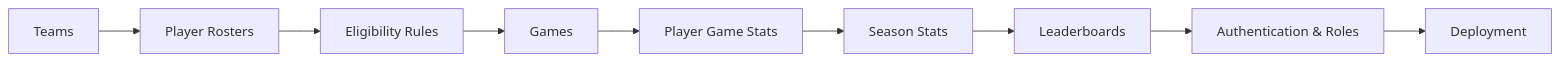
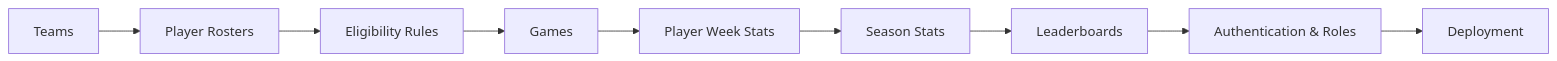
One commit to bruno-diaz-dev/flagtastic-league changed the third of 3 diagrams in README.md. Above: the diagram before and after it, drawn with Mermaid. The commit also changed other lines of this file and 63 other files, not shown here.

````diff
--- a/README.md
+++ b/README.md
@@ -459,22 +469,22 @@
 ```mermaid
 flowchart LR
 
     A[Teams]
     B[Player Rosters]
     C[Eligibility Rules]
     D[Games]
-    E[Player Game Stats]
+    E[Player Week Stats]
     F[Season Stats]
     G[Leaderboards]
     H[Authentication & Roles]
     I[Deployment]
 
     A --> B
     B --> C
     C --> D
     D --> E
     E --> F
     F --> G
     G --> H
     H --> I
 ```
````
